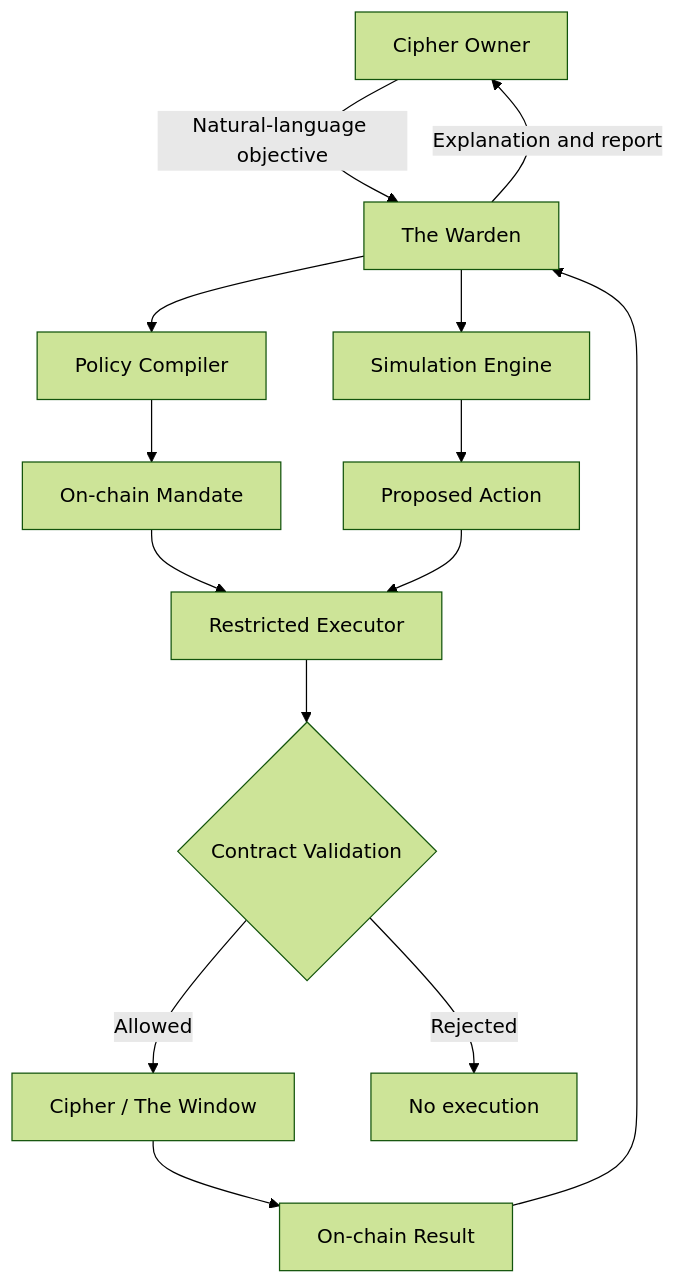
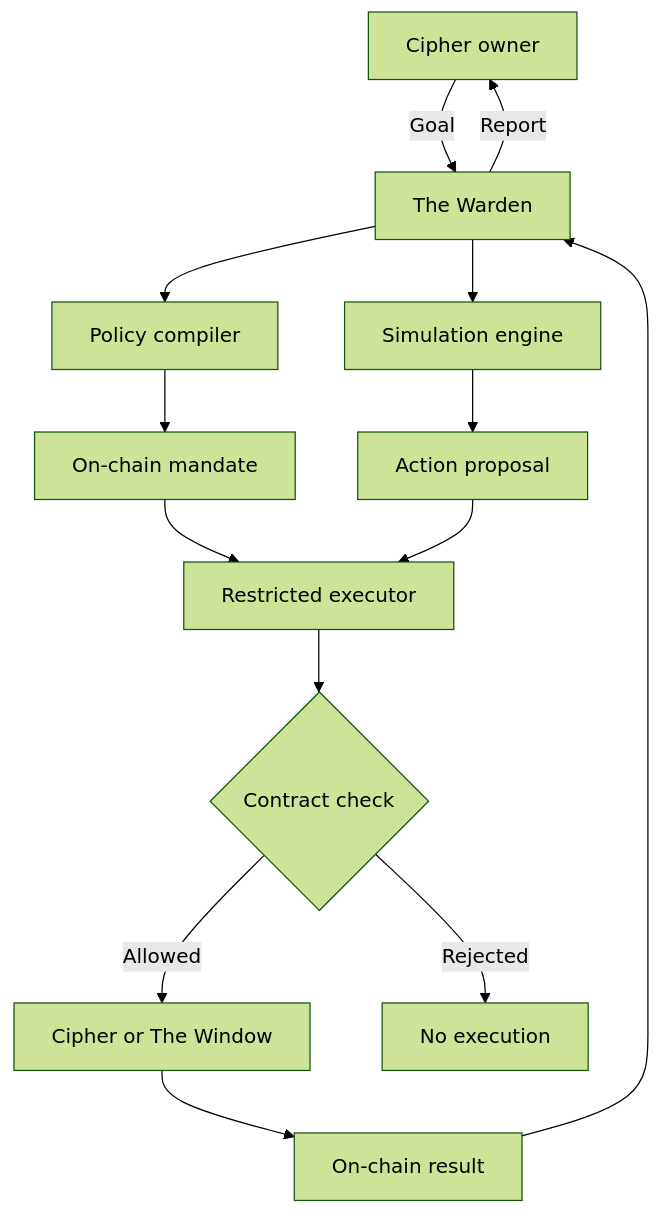
The diagram in docs/the-warden-ai-agent-concept.md (0xsbcntrl/the-veil-syndicate), drawn with Mermaid (forest theme) before and after one commit. The commit also changed other lines of this file and 1 other file, not shown here.

````diff
--- a/docs/the-warden-ai-agent-concept.md
+++ b/docs/the-warden-ai-agent-concept.md
@@ -222,16 +207,16 @@
 ```mermaid
 flowchart TD
-    A[Cipher Owner] -->|Natural-language objective| B[The Warden]
-    B --> C[Policy Compiler]
-    C --> D[On-chain Mandate]
-    B --> E[Simulation Engine]
-    E --> F[Proposed Action]
-    D --> G[Restricted Executor]
+    A[Cipher owner] -->|Goal| B[The Warden]
+    B --> C[Policy compiler]
+    C --> D[On-chain mandate]
+    B --> E[Simulation engine]
+    E --> F[Action proposal]
+    D --> G[Restricted executor]
     F --> G
-    G --> H{Contract Validation}
-    H -->|Allowed| I[Cipher / The Window]
+    G --> H{Contract check}
+    H -->|Allowed| I[Cipher or The Window]
     H -->|Rejected| J[No execution]
-    I --> K[On-chain Result]
+    I --> K[On-chain result]
     K --> B
-    B -->|Explanation and report| A
+    B -->|Report| A
 ```
````
